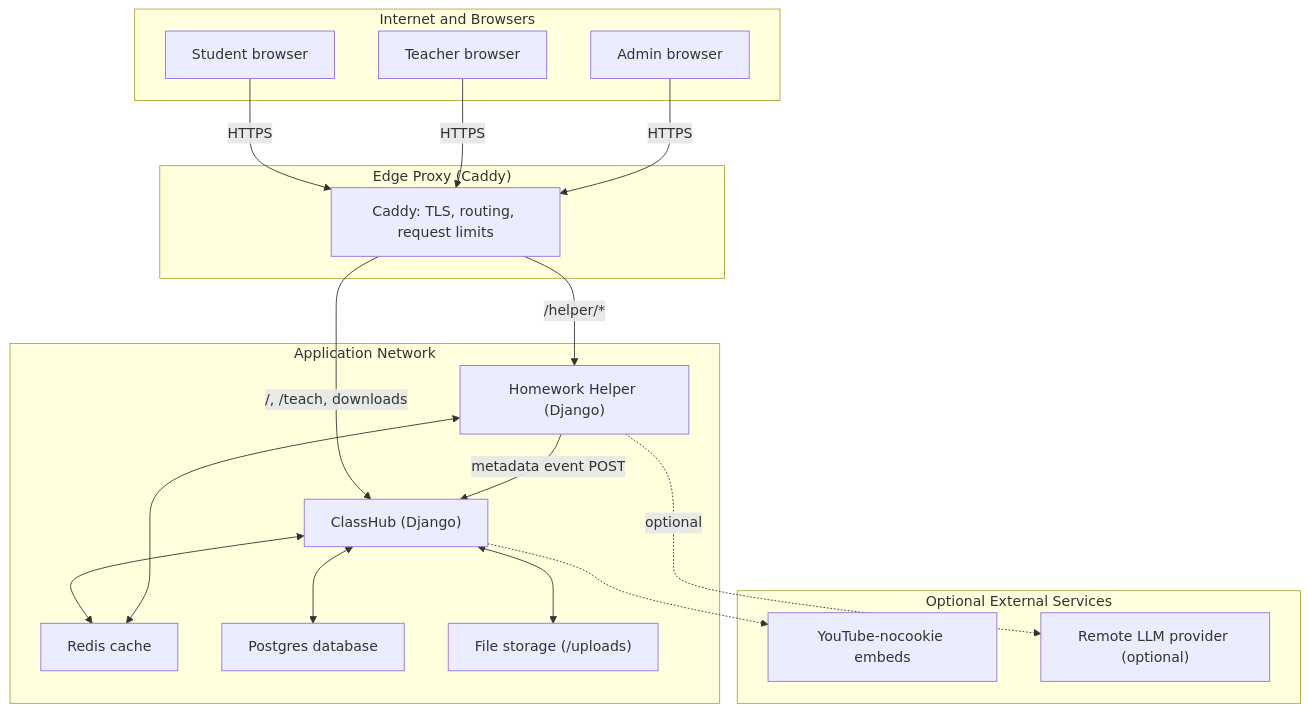
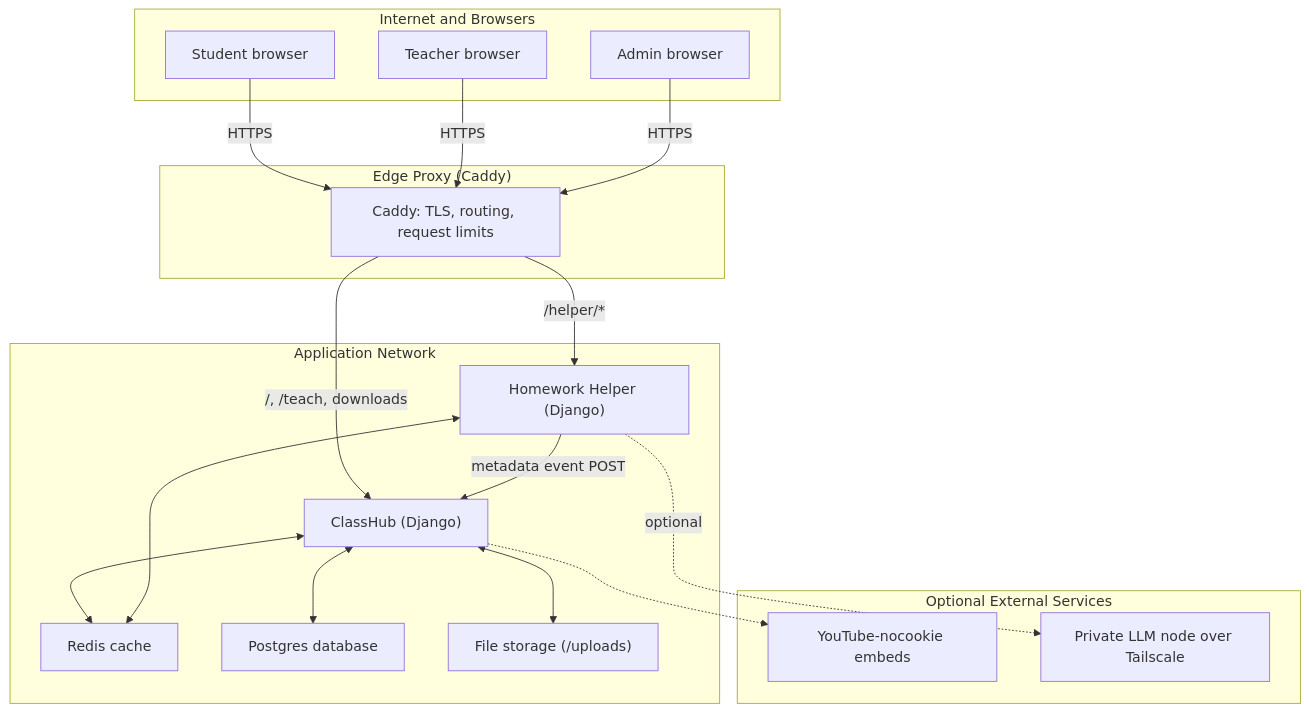
One commit to bseverns/classhub changed the second of 4 diagrams in docs/ARCHITECTURE.md. Above: the diagram before and after it, drawn with Mermaid. The commit also changed other lines of this file and 43 other files, not shown here.

Commit message:
Add private LLM backend ops and health checks

````diff
--- a/docs/ARCHITECTURE.md
+++ b/docs/ARCHITECTURE.md
@@ -29,42 +29,42 @@
 ```mermaid
 flowchart TB
   subgraph Z0["Internet and Browsers"]
     S["Student browser"]
     T["Teacher browser"]
     A["Admin browser"]
   end
 
   subgraph Z1["Edge Proxy (Caddy)"]
     C["Caddy: TLS, routing, request limits"]
   end
 
   subgraph Z2["Application Network"]
     CH["ClassHub (Django)"]
     HH["Homework Helper (Django)"]
     R["Redis cache"]
     PG["Postgres database"]
     FS["File storage (/uploads)"]
   end
 
   subgraph Z3["Optional External Services"]
     YT["YouTube-nocookie embeds"]
-    REM["Remote LLM provider (optional)"]
+    REM["Private LLM node over Tailscale"]
   end
 
   S -->|HTTPS| C
   T -->|HTTPS| C
   A -->|HTTPS| C
 
   C -->|/, /teach, downloads| CH
   C -->|/helper/*| HH
 
   CH <--> R
   CH <--> PG
   CH <--> FS
 
   HH <--> R
   HH -->|metadata event POST| CH
 
   CH -.-> YT
   HH -. optional .-> REM
 ```
````
